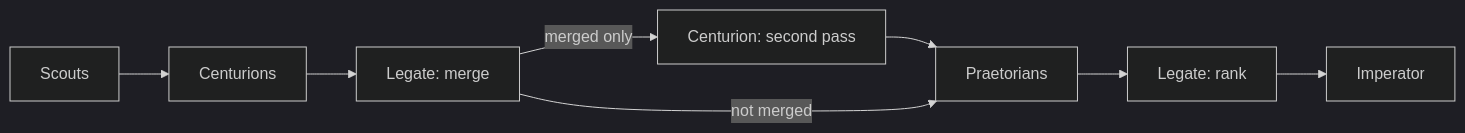
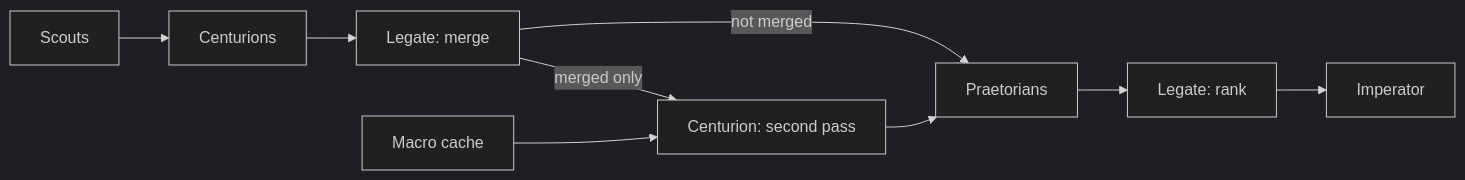
The diagram in README.md (Nodemana/cause-n-effect), drawn with Mermaid (dark theme) before and after one commit. The commit also changed other lines of this file and 4 other files, not shown here.

````diff
--- a/README.md
+++ b/README.md
@@ -8,7 +8,8 @@
 ```mermaid
 flowchart LR
   S[Scouts] --> C1[Centurions] --> M[Legate: merge]
   M -->|merged only| C2[Centurion: second pass] --> P[Praetorians]
   M -->|not merged| P
+  MAC[Macro cache] --> C2
   P --> R[Legate: rank] --> I[Imperator]
 ```
````
